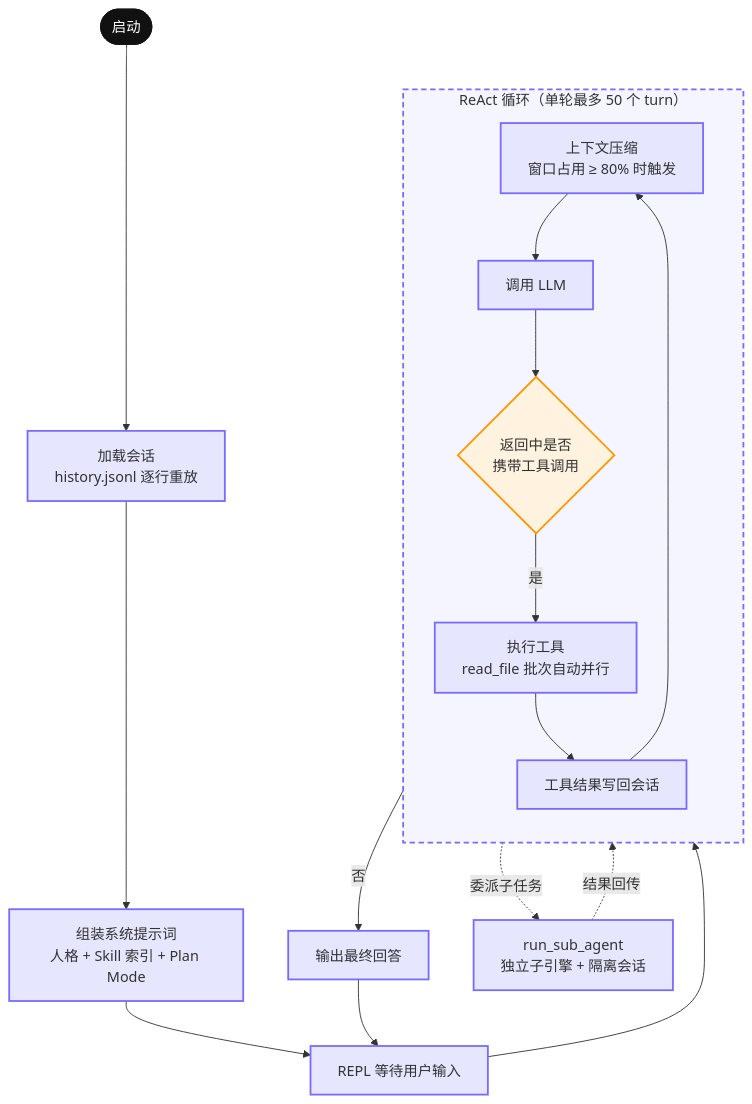
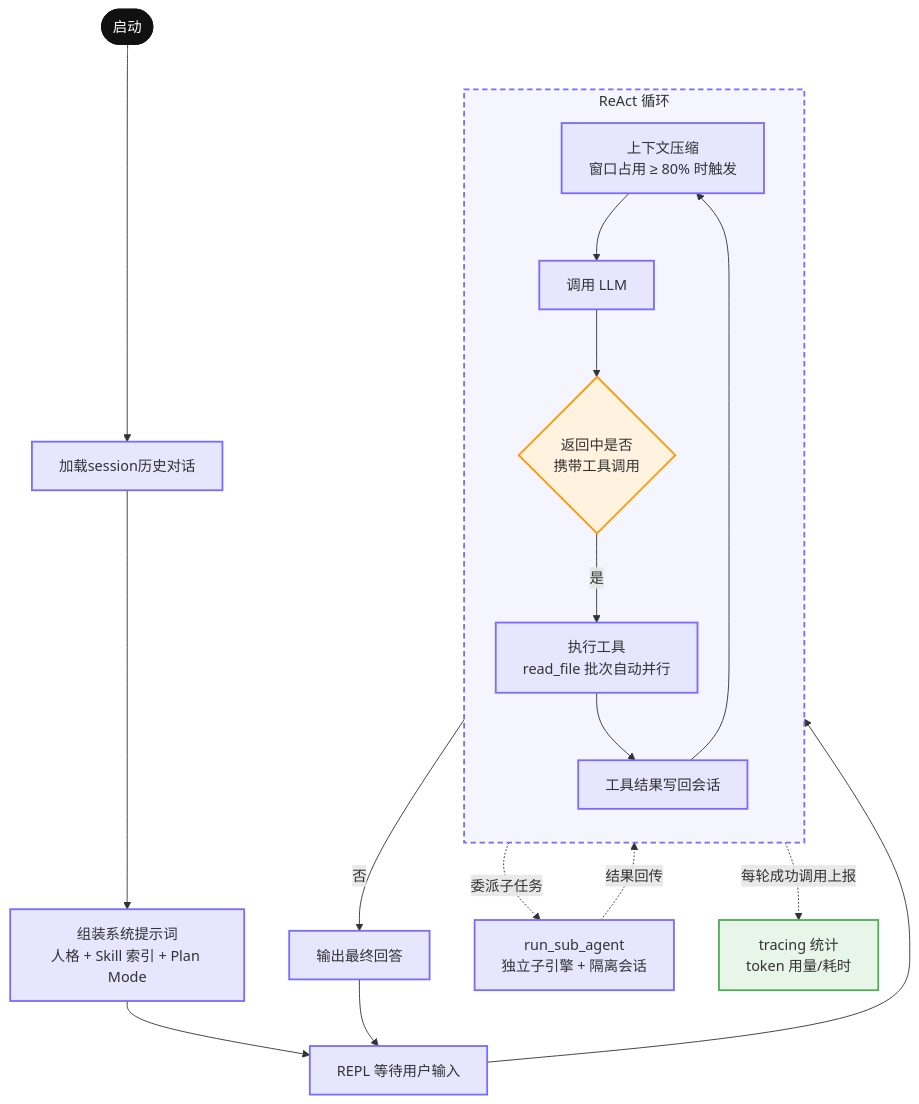
One commit to mikellxy/laxcode-cli changed the diagram in README.md. Above: the diagram before and after it, drawn with Mermaid. The commit also changed other lines of this file and 1 other file, not shown here.

````diff
--- a/README.md
+++ b/README.md
@@ -6,29 +175,33 @@
 ```mermaid
 flowchart TD
-    start([启动]) --> load["加载会话<br/>history.jsonl 逐行重放"]
+    start([启动]) --> load["加载session历史对话"]
     load --> sys["组装系统提示词<br/>人格 + Skill 索引 + Plan Mode"]
     sys --> repl["REPL 等待用户输入"]
 
     repl --> loop
-    subgraph loop["ReAct 循环（单轮最多 50 个 turn）"]
+    subgraph loop["ReAct 循环"]
         direction TB
         compact["上下文压缩<br/>窗口占用 ≥ 80% 时触发"] --> gen["调用 LLM"]
         gen --> judge{"返回中是否<br/>携带工具调用"}
         judge -->|"是"| exec["执行工具<br/>read_file 批次自动并行"]
         exec --> writeback["工具结果写回会话"]
         writeback --> compact
     end
 
     judge -->|"否"| answer["输出最终回答"]
     answer --> repl
 
     exec -. 委派子任务 .-> sub["run_sub_agent<br/>独立子引擎 + 隔离会话"]
     sub -. 结果回传 .-> writeback
 
+    gen -. 每轮成功调用上报 .-> obs["tracing 统计<br/>token 用量/耗时"]
+
     classDef proc fill:#E6E6FF,stroke:#7A6BFF,stroke-width:2px,color:#333
     classDef decision fill:#FFF3E0,stroke:#FF9800,stroke-width:2px,color:#333
+    classDef obs fill:#E8F5E9,stroke:#4CAF50,stroke-width:2px,color:#333
     class load,sys,repl,compact,gen,exec,writeback,answer,sub proc
     class judge decision
+    class obs obs
     style start fill:#111,stroke:#111,color:#fff
     style loop fill:#F5F5FF,stroke:#7A6BFF,stroke-width:2px,stroke-dasharray:6 4
 ```
````
